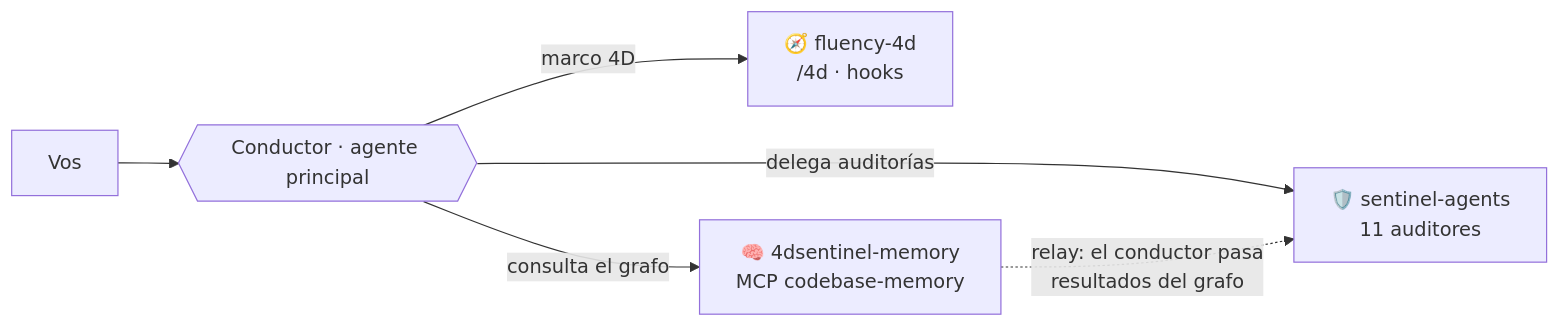
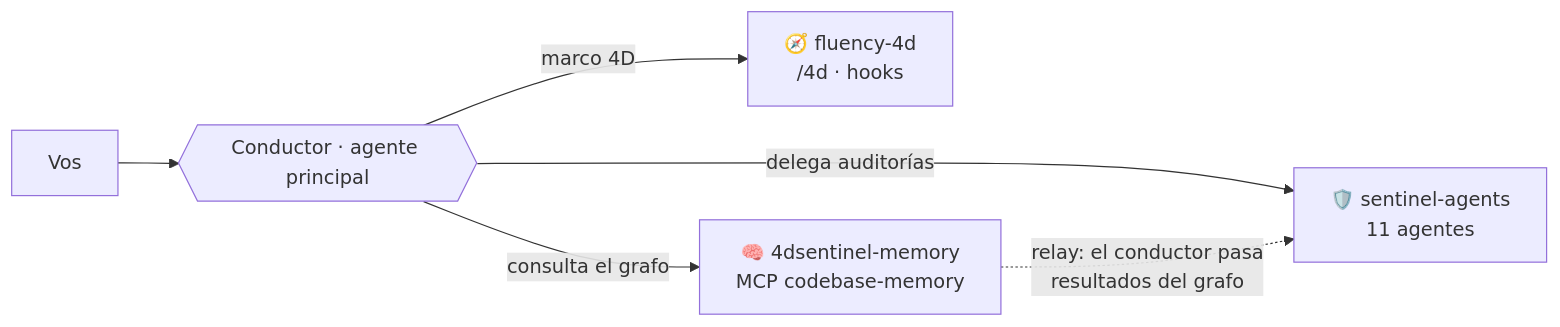
The diagram in README.md (alexissamudio/4Dsentinel-suite), drawn with Mermaid before and after one commit. The commit also changed 12 other files, not shown here.

````diff
--- a/README.md
+++ b/README.md
@@ -275,8 +275,8 @@
 ```mermaid
 flowchart LR
     U[Vos] --> C{{Conductor · agente principal}}
     C -->|marco 4D| F[🧭 fluency-4d<br/>/4d · hooks]
-    C -->|delega auditorías| S[🛡️ sentinel-agents<br/>11 auditores]
+    C -->|delega auditorías| S[🛡️ sentinel-agents<br/>11 agentes]
     C -->|consulta el grafo| M[🧠 4dsentinel-memory<br/>MCP codebase-memory]
     M -.->|relay: el conductor pasa<br/>resultados del grafo| S
 ```
````
